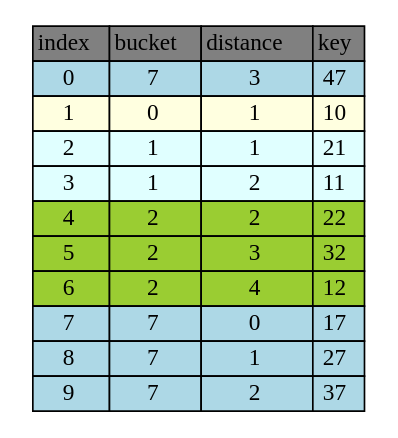
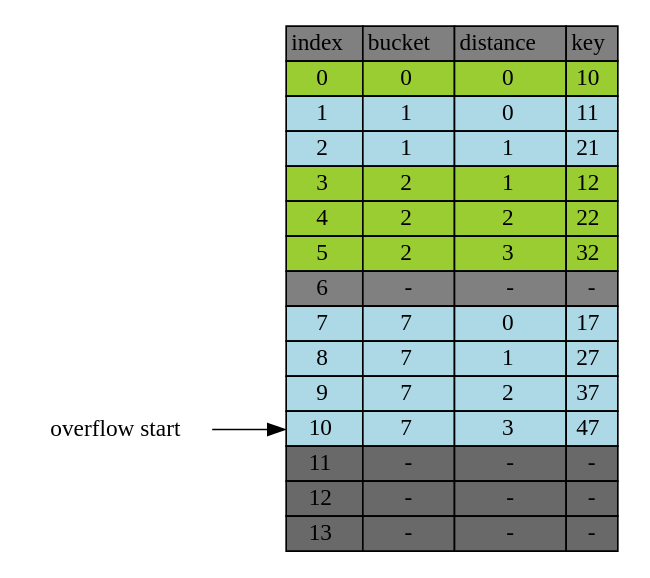
The diagram in hashing/cluster.dot (jasonlue/digest), drawn with Graphviz before and after one commit. The commit also changed 1 other file, not shown here.

```diff
--- a/hashing/cluster.dot
+++ b/hashing/cluster.dot
@@ -1,75 +1,101 @@
 digraph table{
     rankdir=LR
     node[shape=plaintext]
 
      table[label=<
         <TABLE BORDER="0" CELLBORDER="1" CELLSPACING="0">
             <TR>
                 <TD BGCOLOR="grey">index</TD>
                 <TD BGCOLOR="grey">bucket</TD>
                 <TD BGCOLOR="grey">distance</TD>
                 <TD BGCOLOR="grey">key</TD>
             </TR>           
             <TR>
-                <TD BGCOLOR="lightblue" PORT="i0">0</TD>
-                <TD BGCOLOR="lightblue">7</TD>
-                <TD BGCOLOR="lightblue">3</TD>
-                <TD BGCOLOR="lightblue" PORT="k0">47</TD>
+                <TD BGCOLOR="yellowgreen" PORT="i0">0</TD>
+                <TD BGCOLOR="yellowgreen">0</TD>
+                <TD BGCOLOR="yellowgreen">0</TD>
+                <TD BGCOLOR="yellowgreen" PORT="k0">10</TD>
             </TR>           
             <TR>
-                <TD BGCOLOR="lightyellow" PORT="i1">1</TD>
-                <TD BGCOLOR="lightyellow">0</TD>
-                <TD BGCOLOR="lightyellow">1</TD>
-                <TD BGCOLOR="lightyellow" PORT="k1">10</TD>
+                <TD BGCOLOR="lightblue" PORT="i1">1</TD>
+                <TD BGCOLOR="lightblue">1</TD>
+                <TD BGCOLOR="lightblue">0</TD>
+                <TD BGCOLOR="lightblue" PORT="k1">11</TD>
             </TR>           
             <TR>
-                <TD BGCOLOR="lightcyan" PORT="i2">2</TD>
-                <TD BGCOLOR="lightcyan">1</TD>
-                <TD BGCOLOR="lightcyan">1</TD>
-                <TD BGCOLOR="lightcyan" PORT="k2">21</TD>
+                <TD BGCOLOR="lightblue" PORT="i2">2</TD>
+                <TD BGCOLOR="lightblue">1</TD>
+                <TD BGCOLOR="lightblue">1</TD>
+                <TD BGCOLOR="lightblue" PORT="k2">21</TD>
             </TR>           
             <TR>
-                <TD BGCOLOR="lightcyan" PORT="i3">3</TD>
-                <TD BGCOLOR="lightcyan">1</TD>
-                <TD BGCOLOR="lightcyan">2</TD>
-                <TD BGCOLOR="lightcyan" PORT="k3">11</TD>
+                <TD BGCOLOR="yellowgreen" PORT="i3">3</TD>
+                <TD BGCOLOR="yellowgreen">2</TD>
+                <TD BGCOLOR="yellowgreen">1</TD>
+                <TD BGCOLOR="yellowgreen" PORT="k3">12</TD>
             </TR>           
             <TR>
                 <TD BGCOLOR="yellowgreen" PORT="i4">4</TD>
                 <TD BGCOLOR="yellowgreen">2</TD>
                 <TD BGCOLOR="yellowgreen">2</TD>
                 <TD BGCOLOR="yellowgreen" PORT="k4">22</TD>
             </TR>           
             <TR>
                 <TD BGCOLOR="yellowgreen" PORT="i5">5</TD>
                 <TD BGCOLOR="yellowgreen">2</TD>
                 <TD BGCOLOR="yellowgreen">3</TD>
                 <TD BGCOLOR="yellowgreen" PORT="k5">32</TD>
             </TR>
             <TR>
-                <TD BGCOLOR="yellowgreen" PORT="i6">6</TD>
-                <TD BGCOLOR="yellowgreen">2</TD>
-                <TD BGCOLOR="yellowgreen">4</TD>
-                <TD BGCOLOR="yellowgreen" PORT="k6">12</TD> 
+                <TD BGCOLOR="grey" PORT="i6">6</TD>
+                <TD BGCOLOR="grey">-</TD>
+                <TD BGCOLOR="grey">-</TD>
+                <TD BGCOLOR="grey" PORT="k6">-</TD> 
             </TR>           
             <TR>
                 <TD BGCOLOR="lightblue" PORT="i7">7</TD>
                 <TD BGCOLOR="lightblue">7</TD>
                 <TD BGCOLOR="lightblue">0</TD>
                 <TD BGCOLOR="lightblue" PORT="k7">17</TD>
             </TR>           
             <TR>
                 <TD BGCOLOR="lightblue" PORT="i8">8</TD>
                 <TD BGCOLOR="lightblue">7</TD>
                 <TD BGCOLOR="lightblue">1</TD>
                 <TD BGCOLOR="lightblue" PORT="k8">27</TD>
             </TR>           
             <TR>
                 <TD BGCOLOR="lightblue" PORT="i9">9</TD>
                 <TD BGCOLOR="lightblue">7</TD>
                 <TD BGCOLOR="lightblue">2</TD>
                 <TD BGCOLOR="lightblue" PORT="k9">37</TD>
             </TR>           
+            <TR>
+                <TD BGCOLOR="lightblue" PORT="i10">10</TD>
+                <TD BGCOLOR="lightblue">7</TD>
+                <TD BGCOLOR="lightblue">3</TD>
+                <TD BGCOLOR="lightblue" PORT="k10">47</TD>
+            </TR>           
+            <TR>
+                <TD BGCOLOR="dimgrey" PORT="i11">11</TD>
+                <TD BGCOLOR="dimgrey">-</TD>
+                <TD BGCOLOR="dimgrey">-</TD>
+                <TD BGCOLOR="dimgrey" PORT="k11">-</TD>
+            </TR>           
+            <TR>
+                <TD BGCOLOR="dimgrey" PORT="i12">12</TD>
+                <TD BGCOLOR="dimgrey">-</TD>
+                <TD BGCOLOR="dimgrey">-</TD>
+                <TD BGCOLOR="dimgrey" PORT="k12">-</TD>
+            </TR>           
+            <TR>
+                <TD BGCOLOR="dimgrey" PORT="i13">13</TD>
+                <TD BGCOLOR="dimgrey">-</TD>
+                <TD BGCOLOR="dimgrey">-</TD>
+                <TD BGCOLOR="dimgrey" PORT="k13">-</TD>
+            </TR>           
         </TABLE>
     >]
+
+    "overflow start" -> table:i10
 }
```
